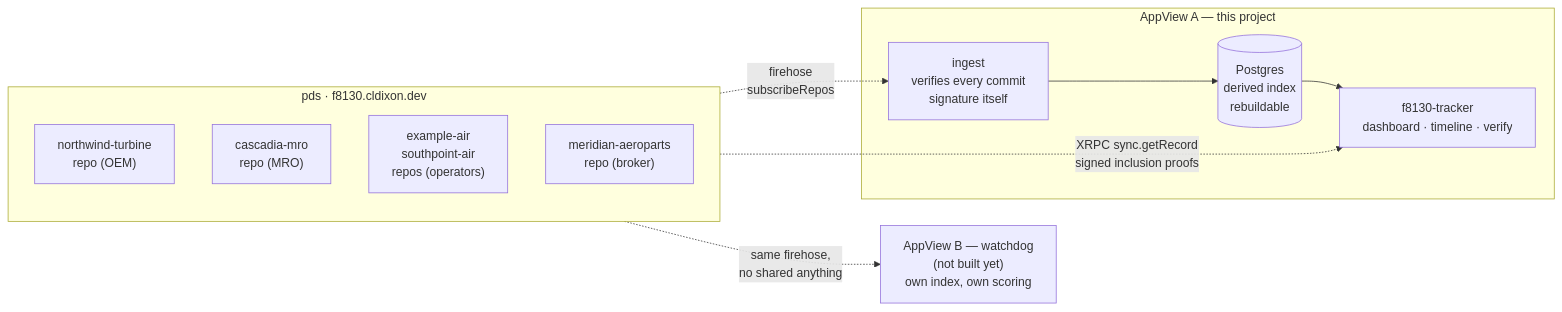
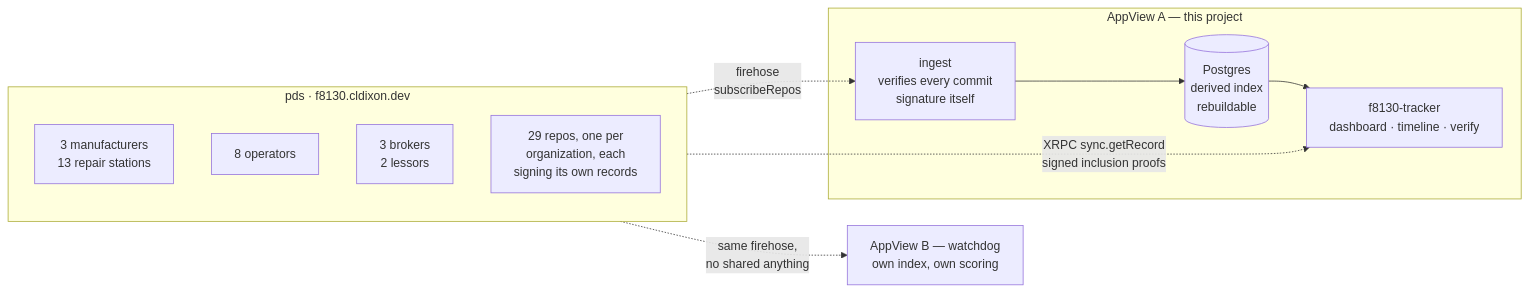
One commit to cldixon/f8130-tracker changed the first of 3 diagrams in README.md. Above: the diagram before and after it, drawn with Mermaid. The commit also changed other lines of this file and 9 other files, not shown here.

````diff
--- a/README.md
+++ b/README.md
@@ -50,24 +50,24 @@
 ```mermaid
 flowchart LR
     subgraph pds["pds · f8130.cldixon.dev"]
         direction TB
-        R1["northwind-turbine<br/>repo (OEM)"]
-        R2["cascadia-mro<br/>repo (MRO)"]
-        R3["example-air<br/>southpoint-air<br/>repos (operators)"]
-        R4["meridian-aeroparts<br/>repo (broker)"]
+        R1["3 manufacturers<br/>13 repair stations"]
+        R2["8 operators"]
+        R3["3 brokers<br/>2 lessors"]
+        R4["29 repos, one per<br/>organization, each<br/>signing its own records"]
     end
 
     subgraph appview["AppView A — this project"]
         ING["ingest<br/>verifies every commit<br/>signature itself"]
         PG[("Postgres<br/>derived index<br/>rebuildable")]
         WEB["f8130-tracker<br/>dashboard · timeline · verify"]
     end
 
-    WD["AppView B — watchdog<br/>(not built yet)<br/>own index, own scoring"]
+    WD["AppView B — watchdog<br/>own index, own scoring"]
 
     pds -. "firehose<br/>subscribeRepos" .-> ING
     ING --> PG
     PG --> WEB
     pds -. "XRPC sync.getRecord<br/>signed inclusion proofs" .-> WEB
     pds -. "same firehose,<br/>no shared anything" .-> WD
 ```
````
